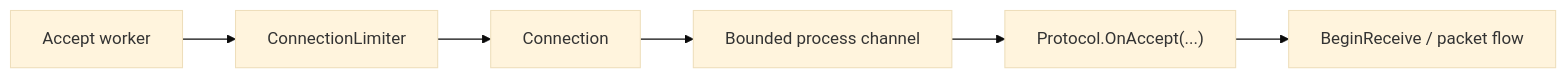
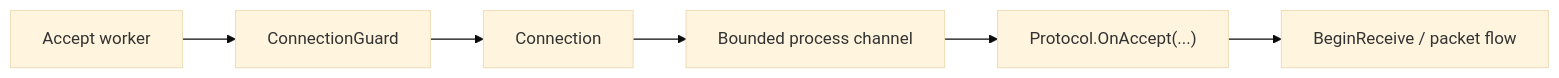
One commit to ppn-systems/Nalix changed the diagram in docs/api/network/runtime/tcp-listener.md. Above: the diagram before and after it, drawn with Mermaid (base theme). The commit also changed other lines of this file and 190 other files, not shown here.

````diff
--- a/docs/api/network/runtime/tcp-listener.md
+++ b/docs/api/network/runtime/tcp-listener.md
@@ -11,8 +11,8 @@
 ```mermaid
 flowchart LR
-    A["Accept worker"] --> B["ConnectionLimiter"]
+    A["Accept worker"] --> B["ConnectionGuard"]
     B --> C["Connection"]
     C --> D["Bounded process channel"]
     D --> E["Protocol.OnAccept(...)"]
     E --> F["BeginReceive / packet flow"]
 ```
````
